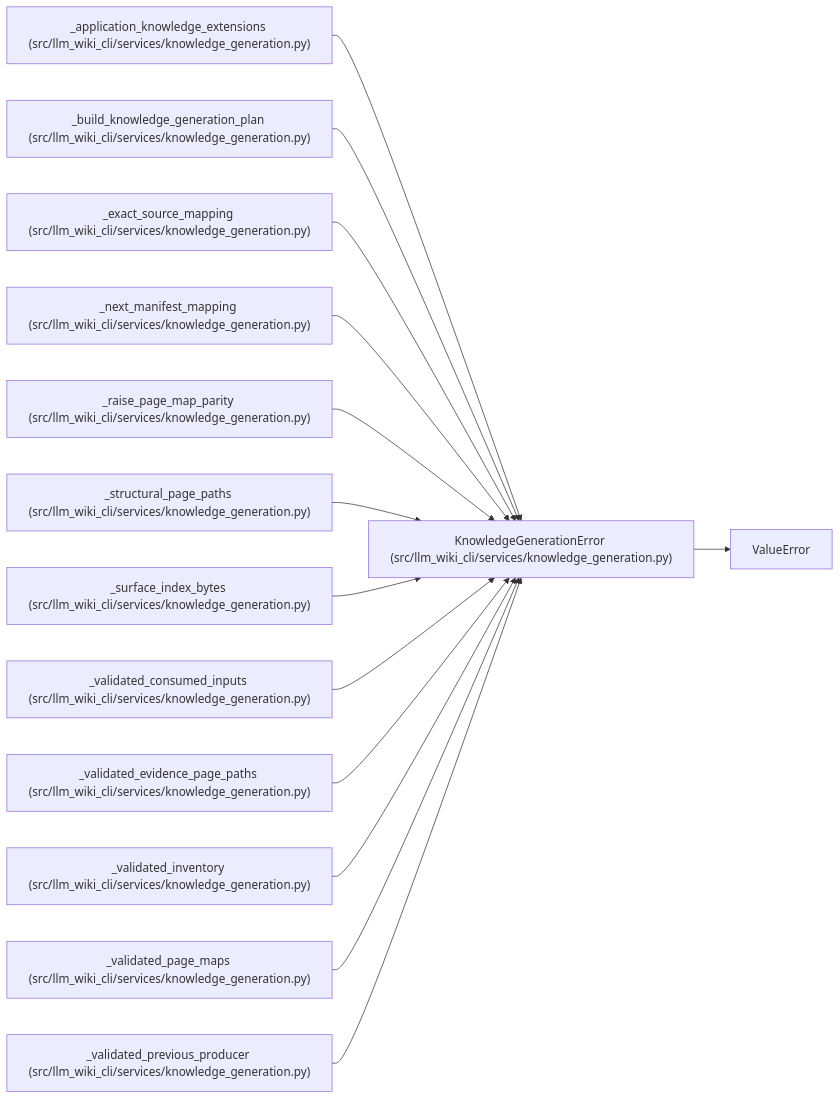
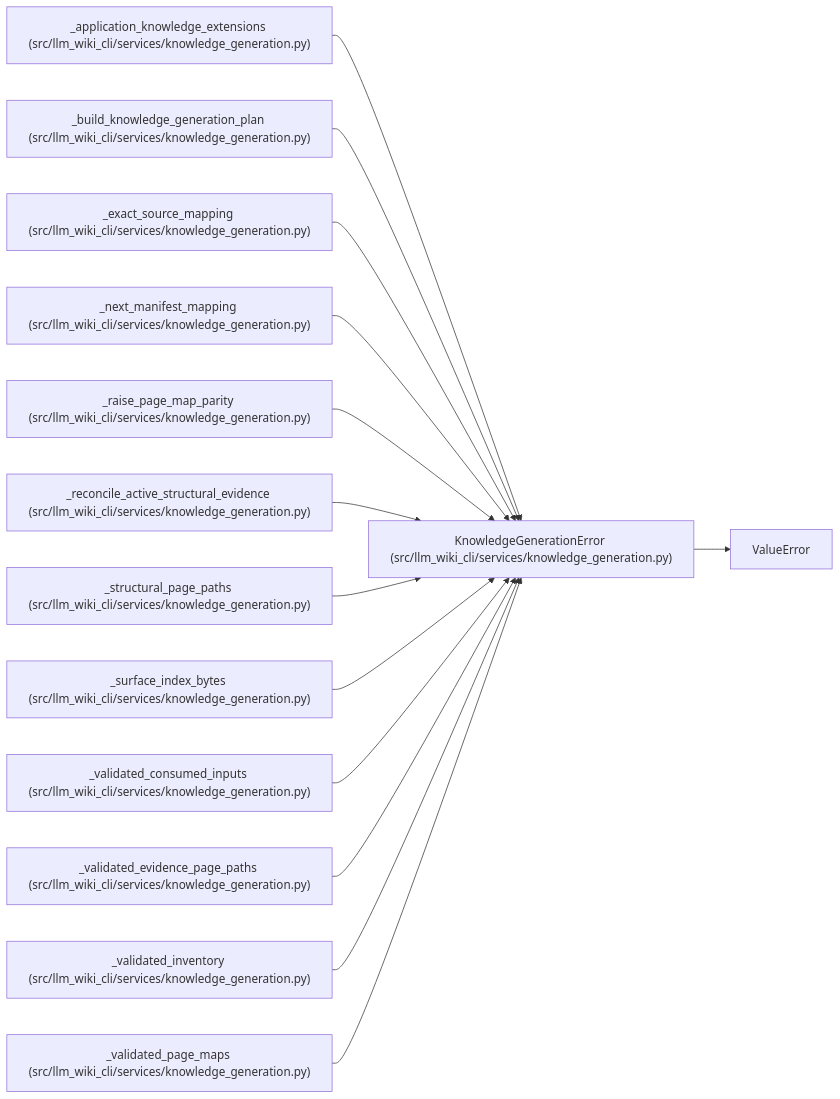
The diagram in docs/llm_wiki/entities/KnowledgeGenerationError.md (Denissvgn/python-wiki-llm), drawn with Mermaid before and after one commit. The commit also changed other lines of this file and 473 other files, not shown here.

````diff
--- a/docs/llm_wiki/entities/KnowledgeGenerationError.md
+++ b/docs/llm_wiki/entities/KnowledgeGenerationError.md
@@ -25,43 +25,43 @@
 ```mermaid
 flowchart LR
     n0["KnowledgeGenerationError (src/llm_wiki_cli/services/knowledge_generation.py)"]
     n1["ValueError"]
     n2["_application_knowledge_extensions (src/llm_wiki_cli/services/knowledge_generation.py)"]
     n3["_build_knowledge_generation_plan (src/llm_wiki_cli/services/knowledge_generation.py)"]
     n4["_exact_source_mapping (src/llm_wiki_cli/services/knowledge_generation.py)"]
     n5["_next_manifest_mapping (src/llm_wiki_cli/services/knowledge_generation.py)"]
     n6["_raise_page_map_parity (src/llm_wiki_cli/services/knowledge_generation.py)"]
-    n7["_structural_page_paths (src/llm_wiki_cli/services/knowledge_generation.py)"]
-    n8["_surface_index_bytes (src/llm_wiki_cli/services/knowledge_generation.py)"]
-    n9["_validated_consumed_inputs (src/llm_wiki_cli/services/knowledge_generation.py)"]
-    n10["_validated_evidence_page_paths (src/llm_wiki_cli/services/knowledge_generation.py)"]
-    n11["_validated_inventory (src/llm_wiki_cli/services/knowledge_generation.py)"]
-    n12["_validated_page_maps (src/llm_wiki_cli/services/knowledge_generation.py)"]
-    n13["_validated_previous_producer (src/llm_wiki_cli/services/knowledge_generation.py)"]
+    n7["_reconcile_active_structural_evidence (src/llm_wiki_cli/services/knowledge_generation.py)"]
+    n8["_structural_page_paths (src/llm_wiki_cli/services/knowledge_generation.py)"]
+    n9["_surface_index_bytes (src/llm_wiki_cli/services/knowledge_generation.py)"]
+    n10["_validated_consumed_inputs (src/llm_wiki_cli/services/knowledge_generation.py)"]
+    n11["_validated_evidence_page_paths (src/llm_wiki_cli/services/knowledge_generation.py)"]
+    n12["_validated_inventory (src/llm_wiki_cli/services/knowledge_generation.py)"]
+    n13["_validated_page_maps (src/llm_wiki_cli/services/knowledge_generation.py)"]
     n0 --> n1
     n2 --> n0
     n3 --> n0
     n4 --> n0
     n5 --> n0
     n6 --> n0
     n7 --> n0
     n8 --> n0
     n9 --> n0
     n10 --> n0
     n11 --> n0
     n12 --> n0
     n13 --> n0
     click n0 "../modules/knowledge_generation.md"
     click n2 "../modules/knowledge_generation.md"
     click n3 "../modules/knowledge_generation.md"
     click n4 "../modules/knowledge_generation.md"
     click n5 "../modules/knowledge_generation.md"
     click n6 "../modules/knowledge_generation.md"
     click n7 "../modules/knowledge_generation.md"
     click n8 "../modules/knowledge_generation.md"
     click n9 "../modules/knowledge_generation.md"
     click n10 "../modules/knowledge_generation.md"
     click n11 "../modules/knowledge_generation.md"
     click n12 "../modules/knowledge_generation.md"
     click n13 "../modules/knowledge_generation.md"
 ```
````
